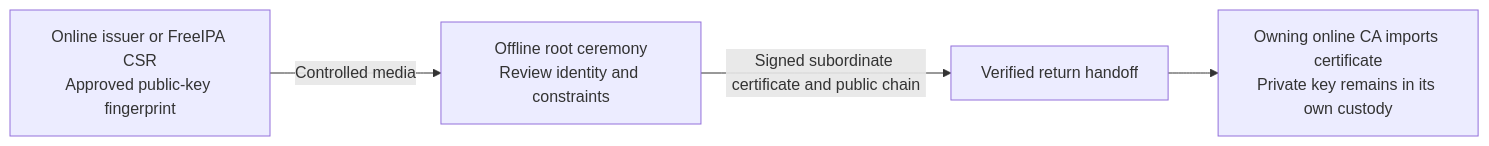
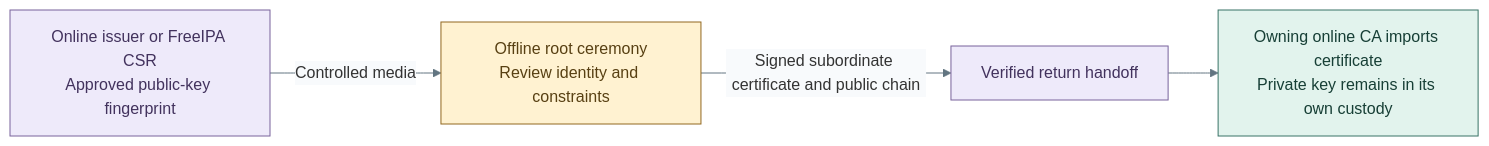
The diagram in docs/deployment/stage-2-trust/procedures/offline-root.md (Rexus/homelab), drawn with Mermaid before and after one commit. The commit also changed 49 other files, not shown here.

Commit message:
docs(diagrams): clarify tier layouts and visual styles

````diff
--- a/docs/deployment/stage-2-trust/procedures/offline-root.md
+++ b/docs/deployment/stage-2-trust/procedures/offline-root.md
@@ -46,6 +46,14 @@
 ```mermaid
+%%{init: {"theme":"base","themeVariables":{"lineColor":"#627581","edgeLabelBackground":"#f8fafc"}}}%%
 flowchart LR
   Requests["Online issuer or FreeIPA CSR<br/>Approved public-key fingerprint"] -->|Controlled media| Ceremony["Offline root ceremony<br/>Review identity and constraints"]
   Ceremony -->|Signed subordinate certificate and public chain| Return["Verified return handoff"]
   Return --> Online["Owning online CA imports certificate<br/>Private key remains in its own custody"]
+  classDef default fill:#f8fafc,stroke:#64748b,color:#1f2937
+  classDef data fill:#eeeafa,stroke:#78639b,color:#42325d
+  classDef custody fill:#fff2d1,stroke:#926820,color:#584013
+  classDef control fill:#e2f3ed,stroke:#397366,color:#173f36
+  class Requests,Return data
+  class Ceremony custody
+  class Online control
 ```
````
